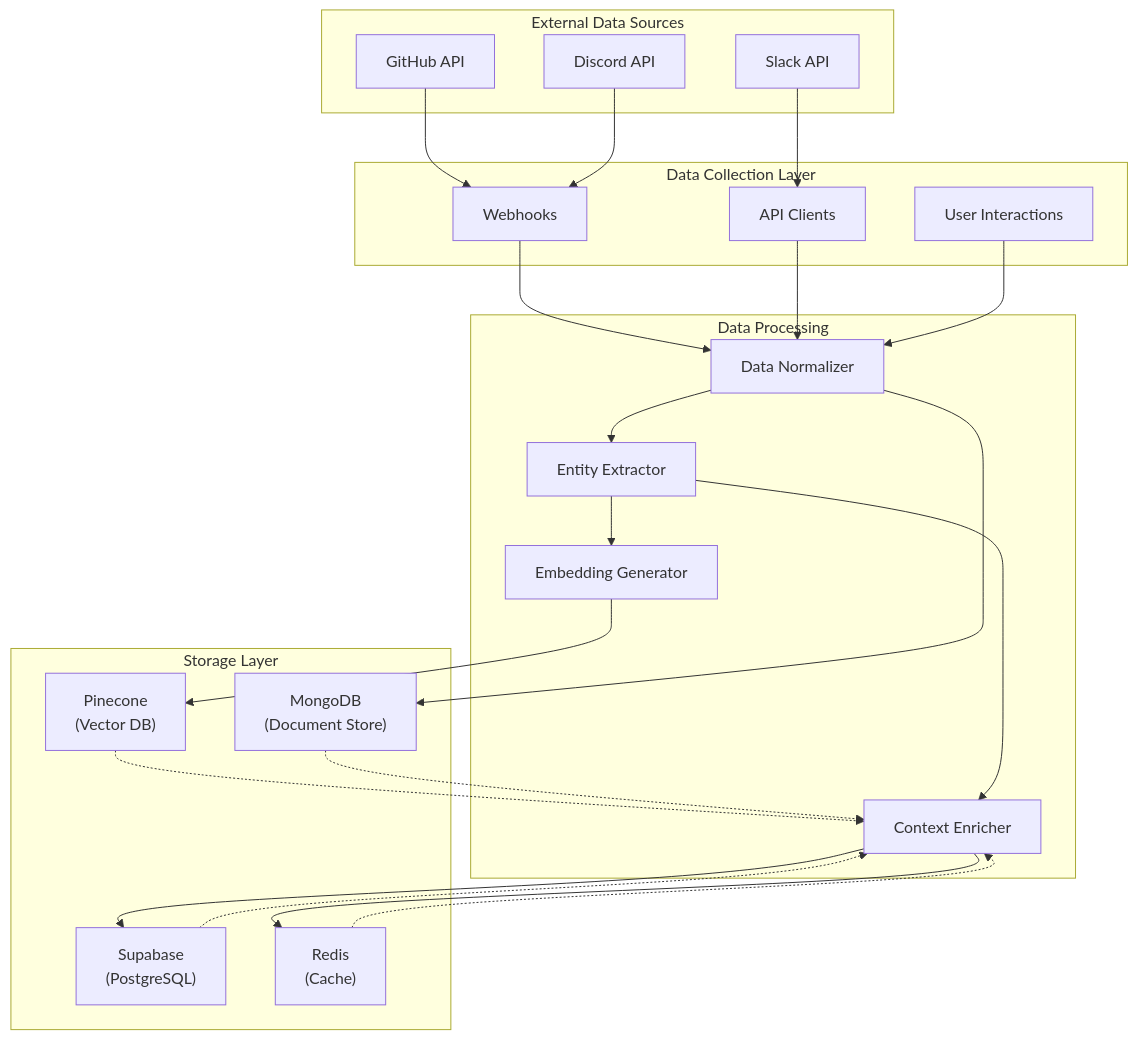
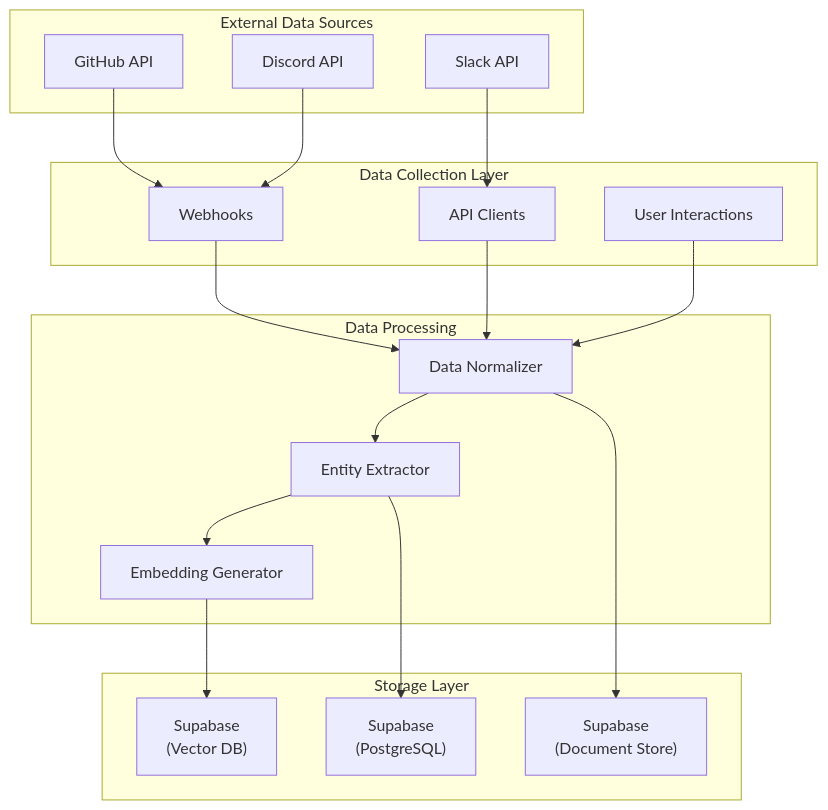
One commit to ParagGhatage/Devr.AI-prototype changed the eighth of 9 diagrams in README.md. Above: the diagram before and after it, drawn with Mermaid. The commit also changed other lines of this file, not shown here.

````diff
--- a/README.md
+++ b/README.md
@@ -626,52 +623,47 @@
 ```mermaid
 flowchart TB
     subgraph "External Data Sources"
         GH["GitHub API"]
         DS["Discord API"]
         SL["Slack API"]
         
     end
 
     subgraph "Data Collection Layer"
         WH["Webhooks"]
         API["API Clients"]
         UI["User Interactions"]
     end
 
     subgraph "Data Processing"
         NORM["Data Normalizer"]
         EXTR["Entity Extractor"]
         EMB["Embedding Generator"]
-        ENR["Context Enricher"]
     end
 
     subgraph "Storage Layer"
-        PIN["Pinecone<br>(Vector DB)"]
+        PIN["Supabase<br>(Vector DB)"]
         SUP["Supabase<br>(PostgreSQL)"]
-        MDB["MongoDB<br>(Document Store)"]
-        RDS["Redis<br>(Cache)"]
+        MDB["Supabase<br>(Document Store)"]
     end
 
     GH --> WH
     DS --> WH
     SL --> API
     
     
     WH --> NORM
     API --> NORM
     UI --> NORM
     
     NORM --> EXTR
     EXTR --> EMB
-    EXTR --> ENR
+
     
     EMB --> PIN
-    ENR --> SUP
+    EXTR --> SUP
     NORM --> MDB
-    ENR --> RDS
+  
+
     
-    PIN -.-> ENR
-    SUP -.-> ENR
-    MDB -.-> ENR
-    RDS -.-> ENR
 ```
````
